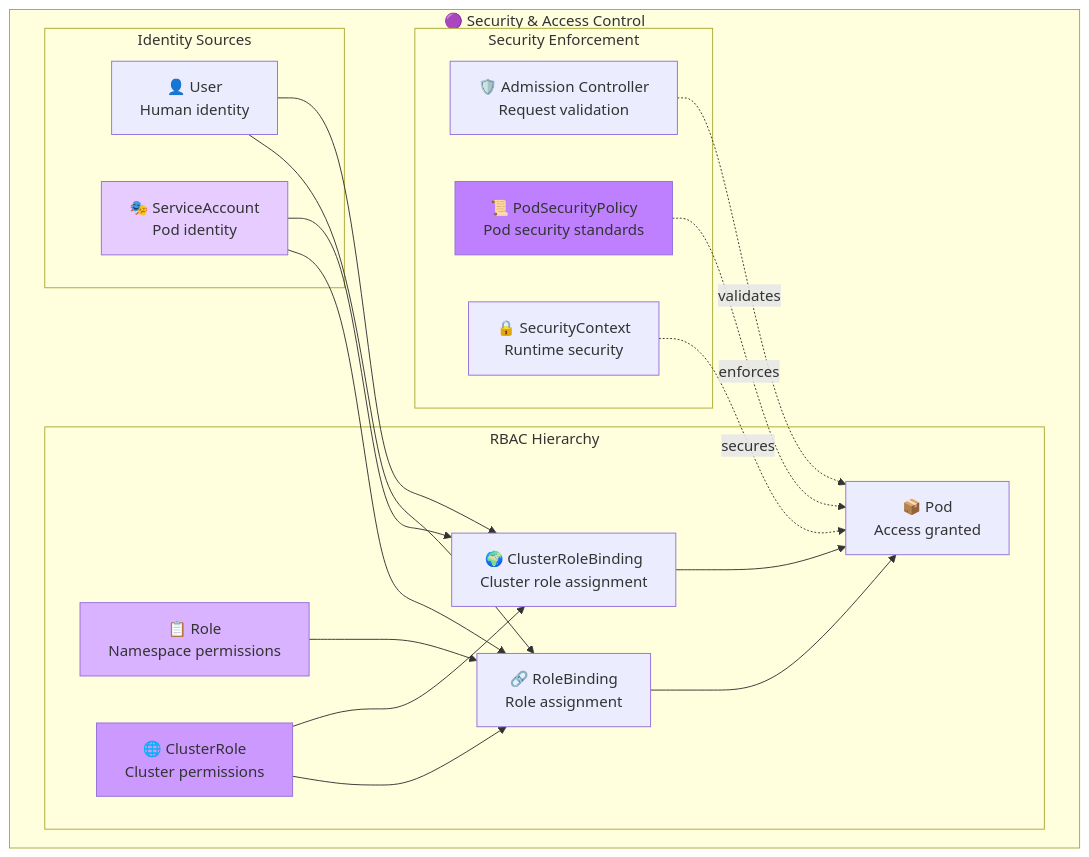
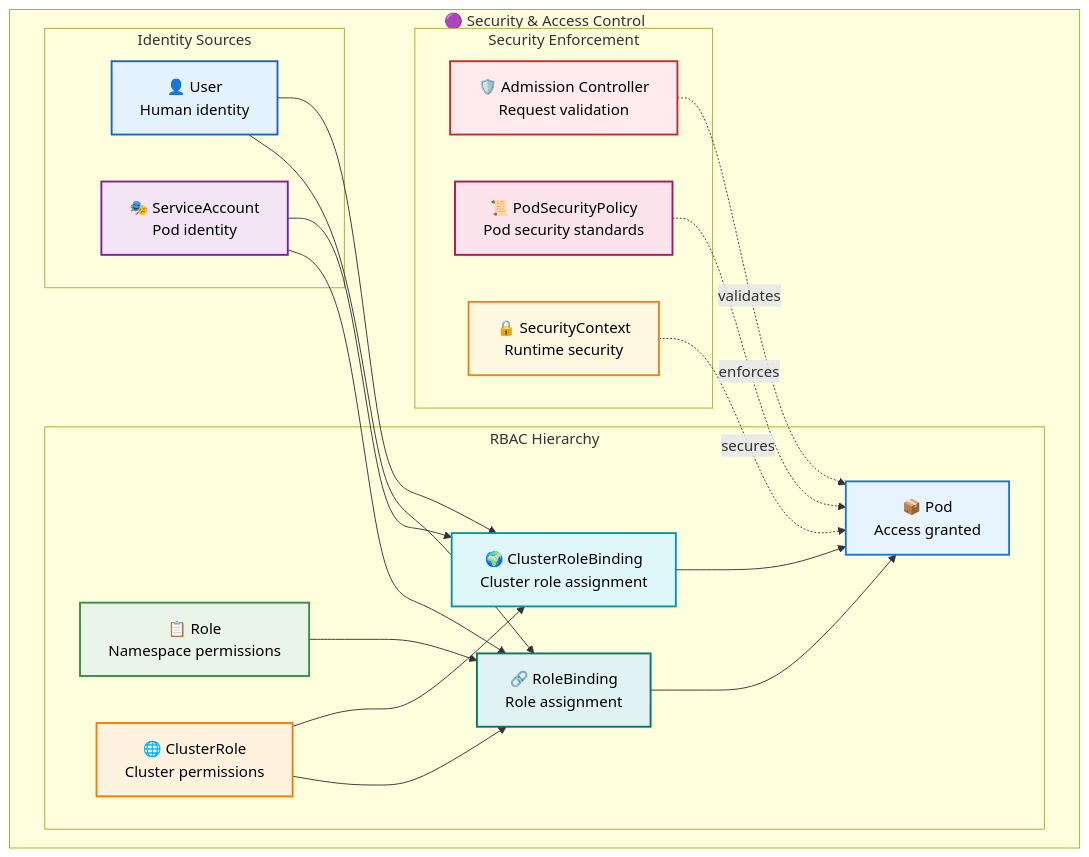
One commit to razkevich/system_design_course changed the sixth of 8 diagrams in 1.4_distributed_systems/kubernetes_developer_guide.md. Above: the diagram before and after it, drawn with Mermaid. The commit also changed other lines of this file, not shown here.

````diff
--- a/1.4_distributed_systems/kubernetes_developer_guide.md
+++ b/1.4_distributed_systems/kubernetes_developer_guide.md
@@ -168,43 +208,49 @@
 ```mermaid
 flowchart TD
     subgraph "🟣 Security & Access Control"
         
         subgraph "Identity Sources"
             User["👤 User<br/>Human identity"]
             ServiceAccount["🎭 ServiceAccount<br/>Pod identity"]
         end
         
         subgraph "RBAC Hierarchy"
             Role["📋 Role<br/>Namespace permissions"]
             ClusterRole["🌐 ClusterRole<br/>Cluster permissions"]
             RoleBinding["🔗 RoleBinding<br/>Role assignment"]
             ClusterRoleBinding["🌍 ClusterRoleBinding<br/>Cluster role assignment"]
             SecurityPod["📦 Pod<br/>Access granted"]
             
             User --> RoleBinding
             User --> ClusterRoleBinding
             ServiceAccount --> RoleBinding
             ServiceAccount --> ClusterRoleBinding
             Role --> RoleBinding
             ClusterRole --> RoleBinding
             ClusterRole --> ClusterRoleBinding
             RoleBinding --> SecurityPod
             ClusterRoleBinding --> SecurityPod
         end
         
         subgraph "Security Enforcement"
             AdmissionController["🛡️ Admission Controller<br/>Request validation"]
             PodSecurityPolicy["📜 PodSecurityPolicy<br/>Pod security standards"]
             SecurityContext["🔒 SecurityContext<br/>Runtime security"]
             
             AdmissionController -.->|"validates"| SecurityPod
             PodSecurityPolicy -.->|"enforces"| SecurityPod
             SecurityContext -.->|"secures"| SecurityPod
         end
     end
     
-    style ServiceAccount fill:#e6ccff
-    style Role fill:#d9b3ff
-    style ClusterRole fill:#cc99ff
-    style PodSecurityPolicy fill:#bf80ff
+    style SecurityPod fill:#e8f4fd,stroke:#1976d2,stroke-width:2px,color:#000
+    style User fill:#e3f2fd,stroke:#1565c0,stroke-width:2px,color:#000
+    style ServiceAccount fill:#f3e5f5,stroke:#7b1fa2,stroke-width:2px,color:#000
+    style Role fill:#e8f5e8,stroke:#388e3c,stroke-width:2px,color:#000
+    style ClusterRole fill:#fff3e0,stroke:#f57c00,stroke-width:2px,color:#000
+    style RoleBinding fill:#e0f2f1,stroke:#00796b,stroke-width:2px,color:#000
+    style ClusterRoleBinding fill:#e0f7fa,stroke:#0097a7,stroke-width:2px,color:#000
+    style AdmissionController fill:#ffebee,stroke:#c62828,stroke-width:2px,color:#000
+    style PodSecurityPolicy fill:#fce4ec,stroke:#ad1457,stroke-width:2px,color:#000
+    style SecurityContext fill:#fff8e1,stroke:#f57f17,stroke-width:2px,color:#000
 ```
````
